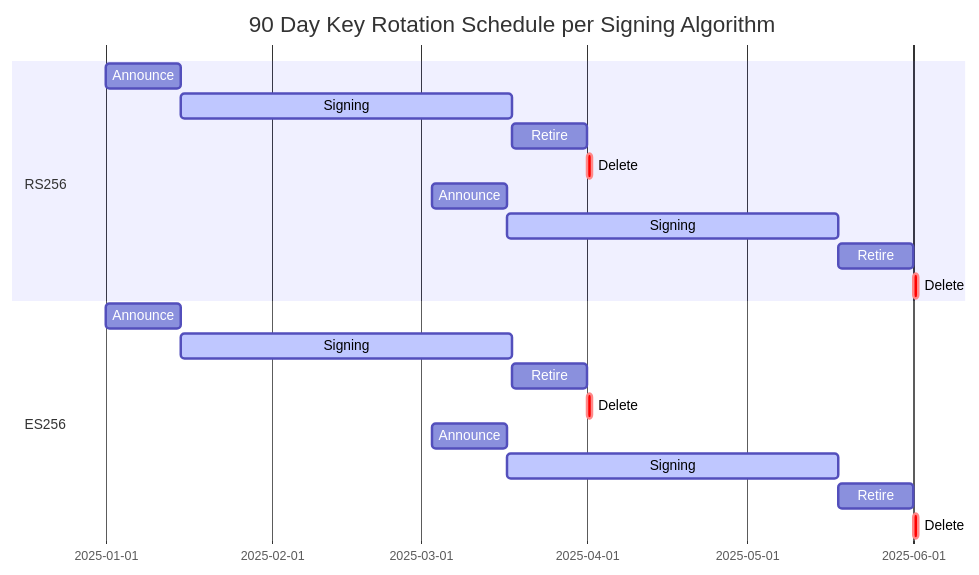
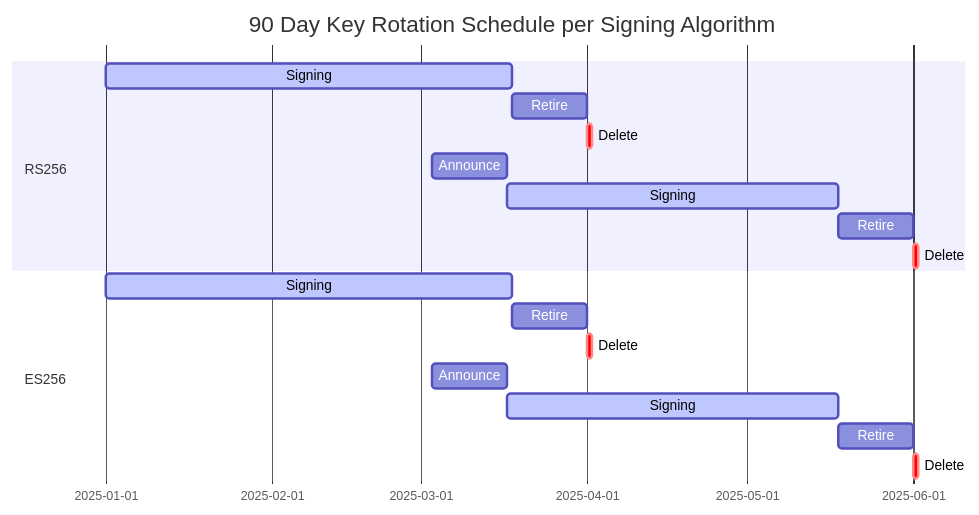
One commit to DuendeSoftware/docs.duendesoftware.com changed the diagram in src/content/docs/identityserver/fundamentals/key-management.md. Above: the diagram before and after it, drawn with Mermaid.

Commit message:
Update Gantt chart in key management docs for clarity and consistency

````diff
--- a/src/content/docs/identityserver/fundamentals/key-management.md
+++ b/src/content/docs/identityserver/fundamentals/key-management.md
@@ -65,39 +65,32 @@
 ```mermaid
 ---
 config:
   theme: default
   gantt:
     useWidth: 800
     useMaxWidth: false
 ---
 gantt
     title 90 Day Key Rotation Schedule per Signing Algorithm
+    todayMarker off
         
     section RS256
-        Announce  :rsa_a, 2025-01-01, 14d
-        Signing   :active, rsa_s, after rsa_a, 62d
+        Signing   :active, rsa_s, 2025-01-01, 76d
         Retire    :rsa_r, after rsa_s, 14d
-        Delete    :crit, :rsa_d, after rsa_r, 1d
+        Delete    :crit, rsa_d, after rsa_r, 1d
         
-        %%{space}%%
-
         Announce  :rsa_na,  2025-03-03, 14d
         Signing   :active, rsa_ns, after rsa_na, 62d
         Retire    :rsa_nr, after rsa_ns, 14d
-        Delete    :crit,:rsa_nd, after rsa_nr, 1d
-
-    %%{space}%%
+        Delete    :crit, rsa_nd, after rsa_nr, 1d
 
     section ES256
-        Announce  :es_a, 2025-01-01, 14d
-        Signing   :active, es_s, after es_a, 62d
+        Signing   :active, es_s, 2025-01-01, 76d
         Retire    :es_r, after es_s, 14d
         Delete    :crit, :es_d, after es_r, 1d
-        
-        %%{space}%%
-        
+
         Announce  :es_na, 2025-03-03, 14d
         Signing   :active, es_ns, after es_na, 62d
         Retire    :es_nr, after es_ns, 14d
-        Delete    :crit, :es_nd, after es_nr, 1d
+        Delete    :crit, es_nd, after es_nr, 1d
 ```
````
